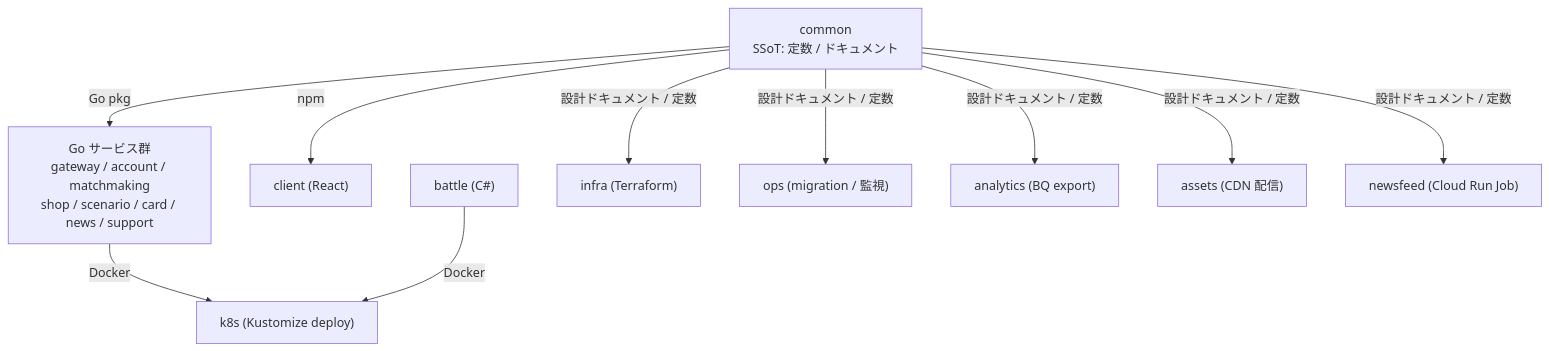
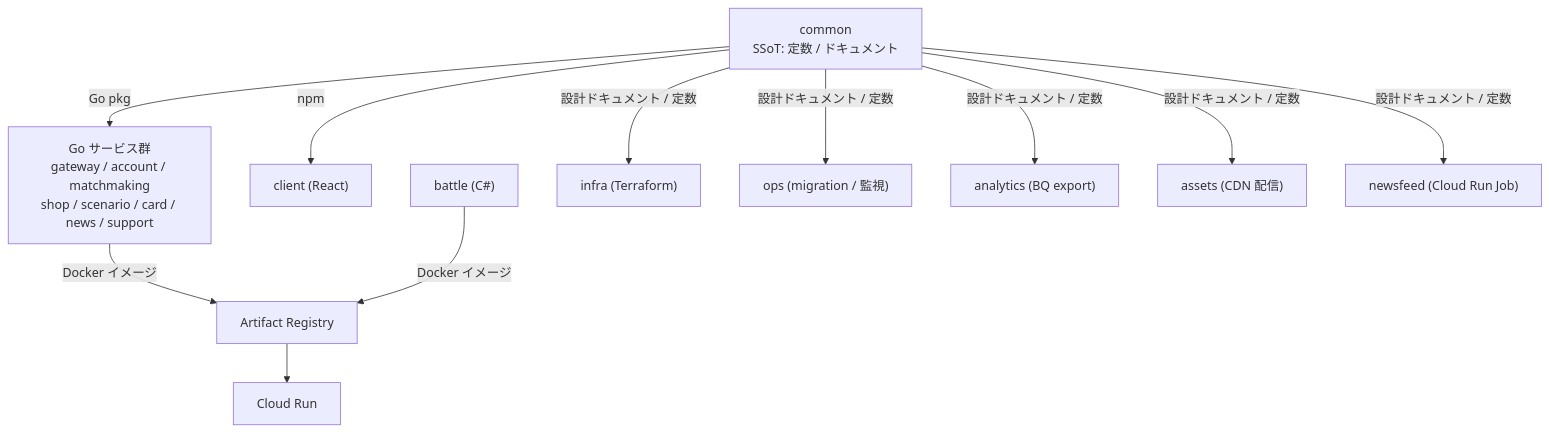
The first of 2 diagrams in docs/architecture/SYSTEM_OVERVIEW.md (kenyamaneko/overload-party-common), drawn with Mermaid before and after one commit. The commit also changed other lines of this file and 3 other files, not shown here.

First line of the commit message:
docs(architecture): アーキテクチャ設計を Cloud Run の実態に合わせる (#281)

````diff
--- a/docs/architecture/SYSTEM_OVERVIEW.md
+++ b/docs/architecture/SYSTEM_OVERVIEW.md
@@ -85,19 +85,20 @@
 ```mermaid
 graph TD
     common["common<br/>SSoT: 定数 / ドキュメント"]
 
     common -->|"Go pkg"| gosvcs["Go サービス群<br/>gateway / account / matchmaking<br/>shop / scenario / card / news / support"]
     common -->|"npm"| client["client (React)"]
     battle["battle (C#)"]
 
-    gosvcs -->|Docker| k8s["k8s (Kustomize deploy)"]
-    battle -->|Docker| k8s
+    gosvcs -->|"Docker イメージ"| ar["Artifact Registry"]
+    battle -->|"Docker イメージ"| ar
+    ar --> run["Cloud Run"]
 
     infra["infra (Terraform)"]
     ops["ops (migration / 監視)"]
     analytics["analytics (BQ export)"]
     assets["assets (CDN 配信)"]
     newsfeed["newsfeed (Cloud Run Job)"]
 
     common -->|"設計ドキュメント / 定数"| infra & ops & analytics & assets & newsfeed
 ```
````
